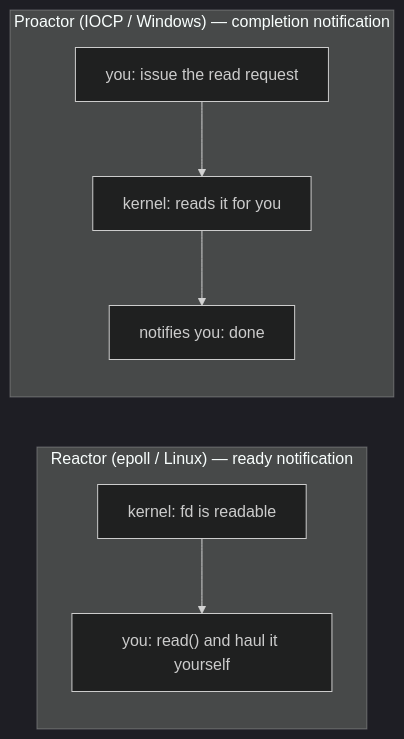
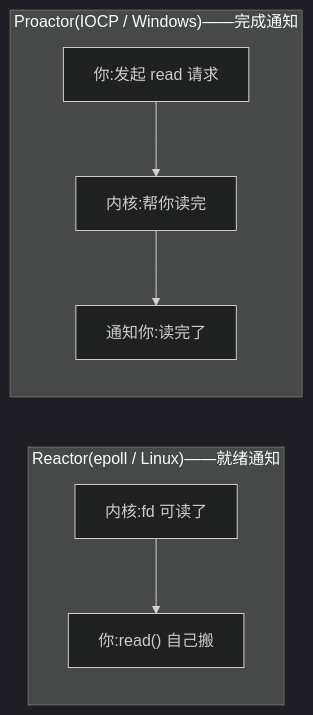
One commit to Awesome-Embedded-Learning-Studio/Tutorial_AwesomeModernCPP changed the second of 2 diagrams in documents/en/vol8-domains/networking/03-reactor-pattern.md. Above: the diagram before and after it, drawn with Mermaid (dark theme). The commit also changed other lines of this file and 749 other files, not shown here.

````diff
--- a/documents/en/vol8-domains/networking/03-reactor-pattern.md
+++ b/documents/en/vol8-domains/networking/03-reactor-pattern.md
@@ -127,9 +127,9 @@
 ```mermaid
 flowchart LR
-    subgraph Reactor["Reactor (epoll / Linux) — ready notification"]
-        R1["kernel: fd is readable"] --> R2["you: read() and haul it yourself"]
+    subgraph Reactor["Reactor(epoll / Linux)——就绪通知"]
+        R1["内核:fd 可读了"] --> R2["你:read() 自己搬"]
     end
-    subgraph Proactor["Proactor (IOCP / Windows) — completion notification"]
-        P1["you: issue the read request"] --> P2["kernel: reads it for you"] --> P3["notifies you: done"]
+    subgraph Proactor["Proactor(IOCP / Windows)——完成通知"]
+        P1["你:发起 read 请求"] --> P2["内核:帮你读完"] --> P3["通知你:读完了"]
     end
 ```
````
